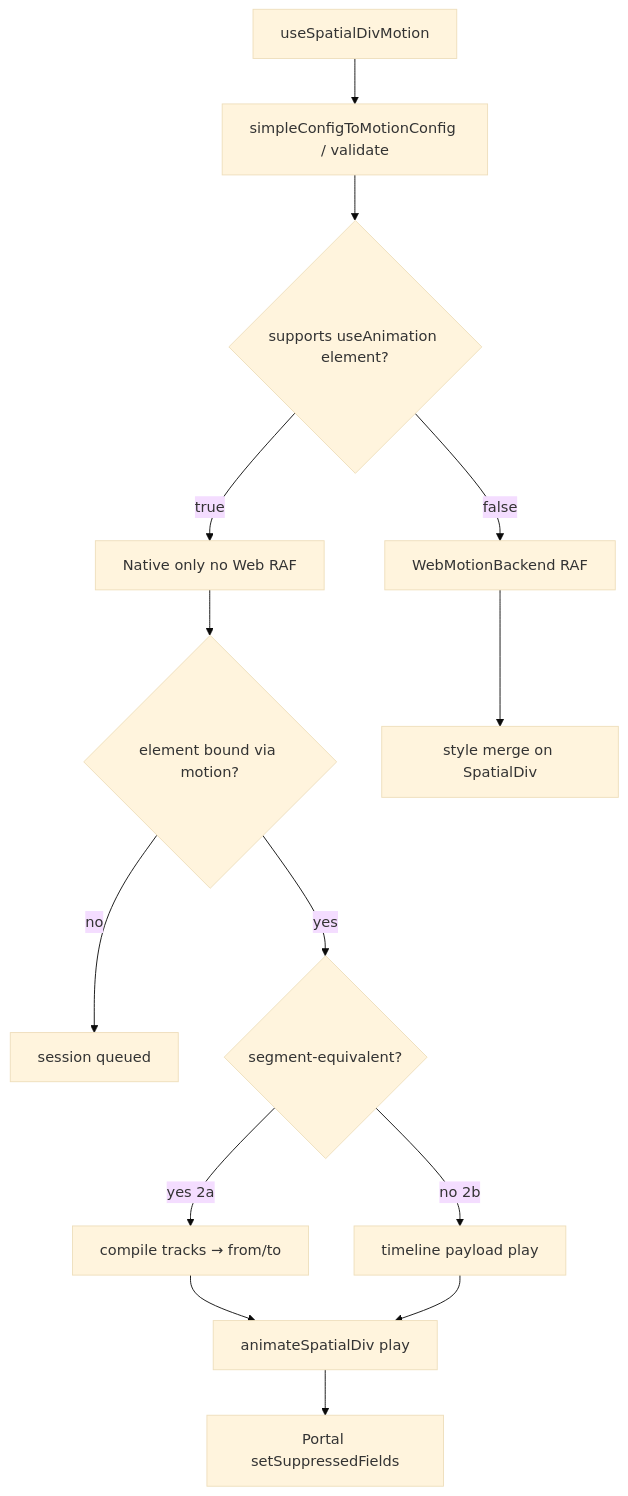
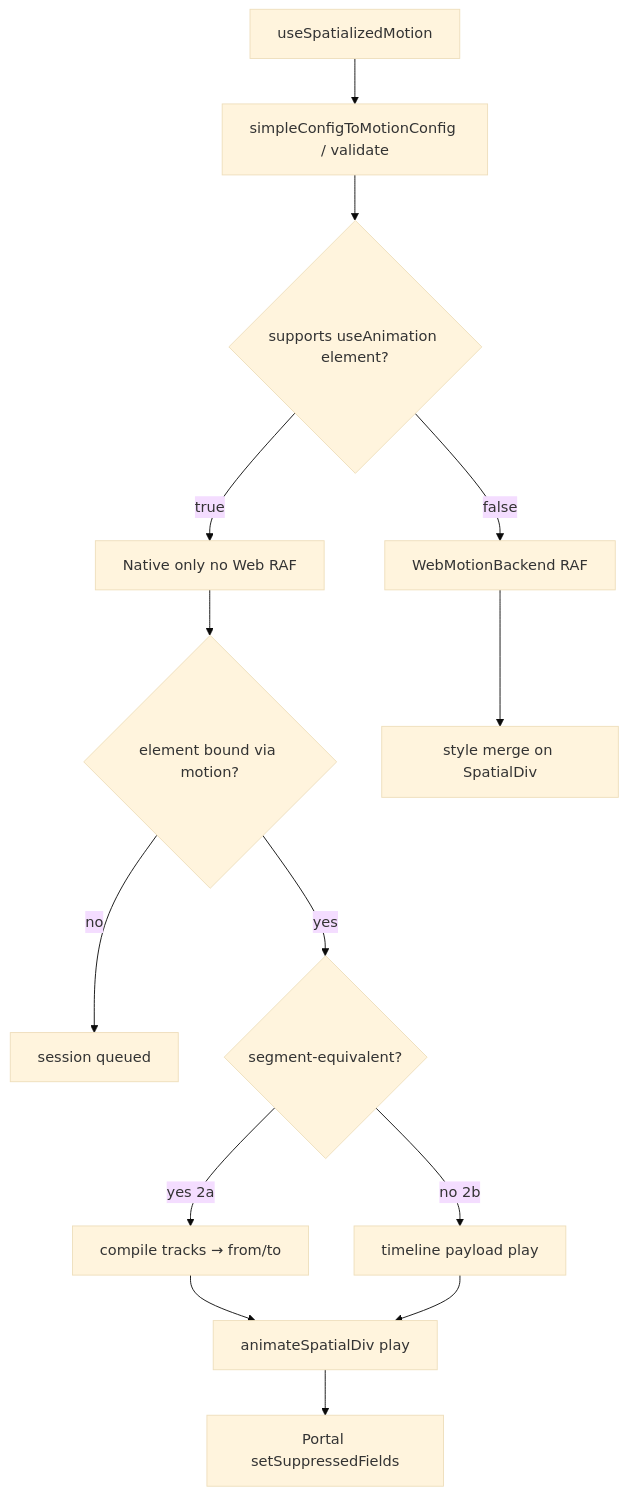
The diagram in openspec/changes/spatial-div-motion-api/PHASE2-MINIMAL-NATIVE.md (webspatial/webspatial-sdk), drawn with Mermaid (base theme) before and after one commit. The commit also changed other lines of this file and 31 other files, not shown here.

First line of the commit message:
Remove deprecated per-kind motion hooks in favor of useSpatializedMotion.

````diff
--- a/openspec/changes/spatial-div-motion-api/PHASE2-MINIMAL-NATIVE.md
+++ b/openspec/changes/spatial-div-motion-api/PHASE2-MINIMAL-NATIVE.md
@@ -22,17 +22,17 @@
 ```mermaid
 flowchart TD
-  Hook[useSpatialDivMotion]
+  Hook[useSpatializedMotion]
   Hook --> Norm[simpleConfigToMotionConfig / validate]
   Norm --> Pick{supports useAnimation element?}
   Pick -->|false| Web[WebMotionBackend RAF]
   Pick -->|true| Native[Native only no Web RAF]
   Native --> Bind{element bound via motion?}
   Bind -->|no| Queued[session queued]
   Bind -->|yes| Seg{segment-equivalent?}
   Seg -->|yes 2a| SegPlay[compile tracks → from/to]
   Seg -->|no 2b| TlPlay[timeline payload play]
   SegPlay --> Bridge[animateSpatialDiv play]
   TlPlay --> Bridge
   Bridge --> Suppress[Portal setSuppressedFields]
   Web --> DOM[style merge on SpatialDiv]
 ```
````
